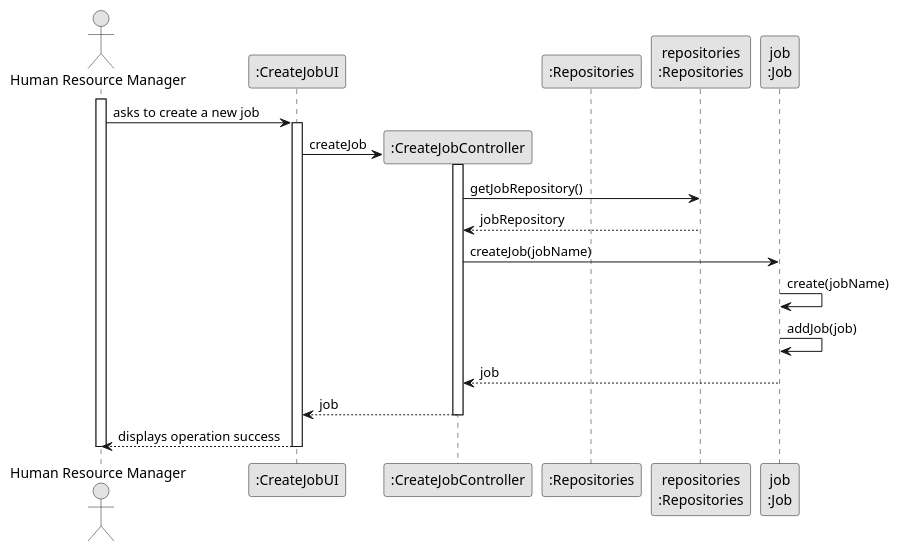
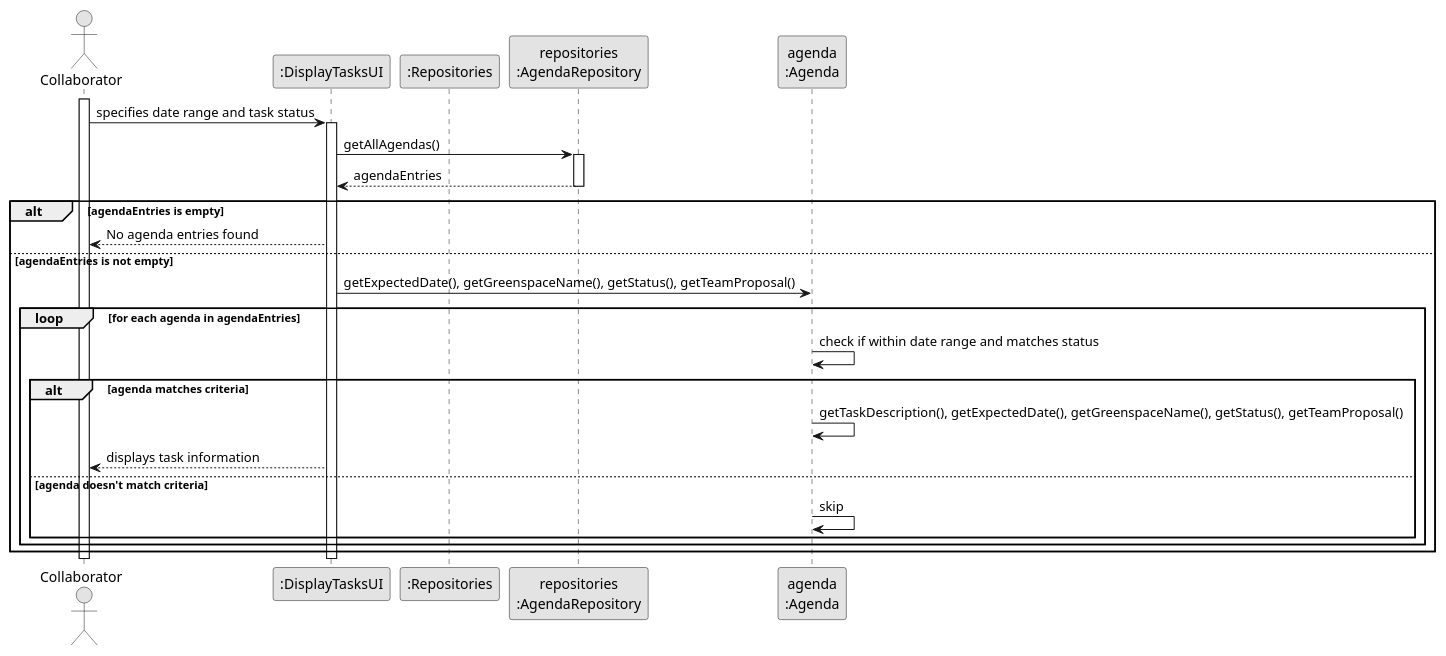
Before and after one commit to Departamento-de-Engenharia-Informatica/greenspace-management: the diagram in docs/sprintC/us028/03.design/puml/us002-sequence-diagram-full.puml, drawn with PlantUML. The commit also changed 1 other file, not shown here.

```diff
--- a/docs/sprintC/us028/03.design/puml/us002-sequence-diagram-full.puml
+++ b/docs/sprintC/us028/03.design/puml/us002-sequence-diagram-full.puml
@@ -1,37 +1,40 @@
 @startuml
 skinparam monochrome true
 skinparam packageStyle rectangle
 skinparam shadowing false
 
-actor "Human Resource Manager" as HRM
-participant ":CreateJobUI" as UI
-participant ":CreateJobController" as CTRL
+actor "Collaborator" as COLLAB
+participant ":DisplayTasksUI" as UI
 participant ":Repositories" as RepositorySingleton
-participant "repositories\n:Repositories" as PLAT
-participant "job\n:Job" as JOB
+participant "repositories\n:AgendaRepository" as AGENDA_REPO
+participant "agenda\n:Agenda" as AGENDA
 
-activate HRM
+activate COLLAB
 
-HRM -> UI : asks to create a new job
-
+COLLAB -> UI : specifies date range and task status
 activate UI
 
-UI -> CTRL** : createJob
+UI -> AGENDA_REPO : getAllAgendas()
+activate AGENDA_REPO
+AGENDA_REPO --> UI : agendaEntries
 
-activate CTRL
+deactivate AGENDA_REPO
 
-CTRL -> PLAT: getJobRepository()
-PLAT --> CTRL: jobRepository
+alt agendaEntries is empty
+    UI --> COLLAB : No agenda entries found
+else agendaEntries is not empty
+    UI -> AGENDA : getExpectedDate(), getGreenspaceName(), getStatus(), getTeamProposal()
+    loop for each agenda in agendaEntries
+        AGENDA -> AGENDA : check if within date range and matches status
+        alt agenda matches criteria
+            AGENDA -> AGENDA : getTaskDescription(), getExpectedDate(), getGreenspaceName(), getStatus(), getTeamProposal()
+            UI --> COLLAB : displays task information
+        else agenda doesn't match criteria
+            AGENDA -> AGENDA : skip
+        end
+    end
+end
 
-CTRL -> JOB: createJob(jobName)
-JOB -> JOB: create(jobName)
-JOB -> JOB: addJob(job)
-
-JOB --> CTRL : job
-
-CTRL --> UI: job
-deactivate CTRL
-UI --> HRM: displays operation success
 deactivate UI
-deactivate HRM
+deactivate COLLAB
 @enduml
```
